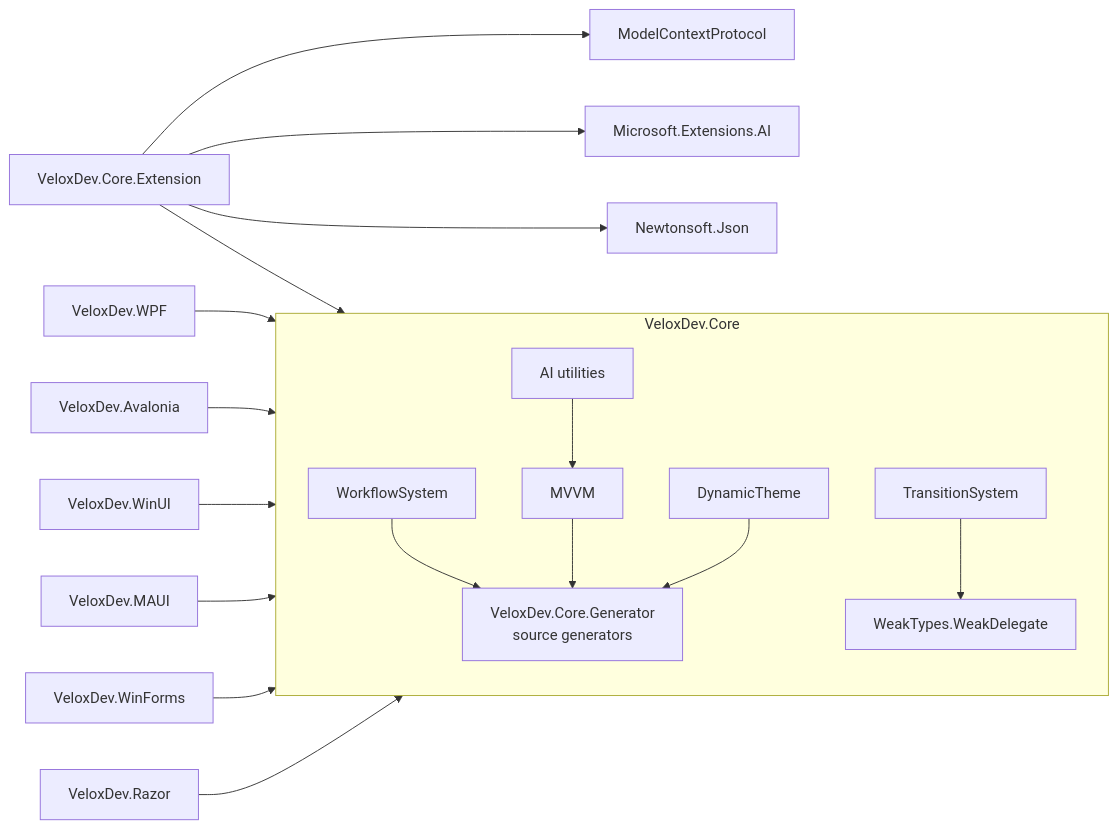
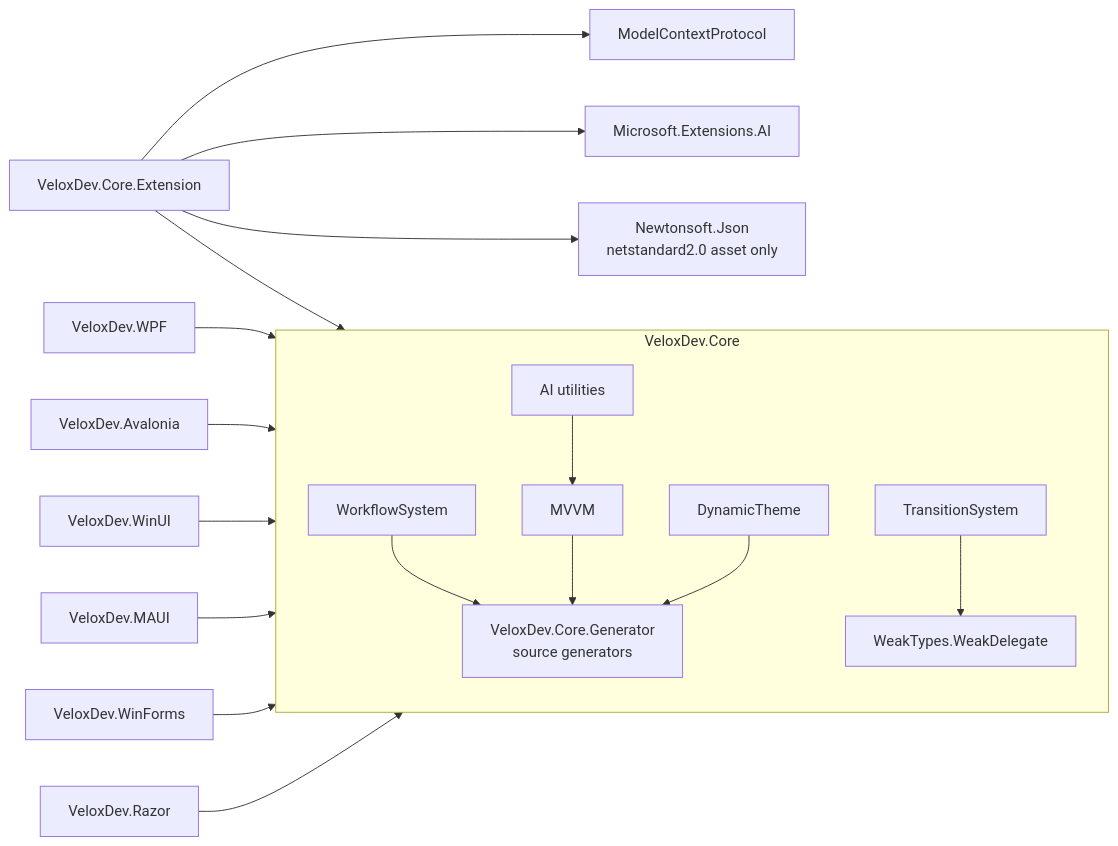
One commit to Axvser/VeloxDev.Docs changed the diagram in src/CloudGlyph/Assets/Docs/content/en/3_SE_Analysis/00_file-structure/index.md. Above: the diagram before and after it, drawn with Mermaid. The commit also changed 7 other files, not shown here.

````diff
--- a/src/CloudGlyph/Assets/Docs/content/en/3_SE_Analysis/00_file-structure/index.md
+++ b/src/CloudGlyph/Assets/Docs/content/en/3_SE_Analysis/00_file-structure/index.md
@@ -86,20 +86,20 @@
 ```mermaid
 flowchart LR
     subgraph Core [VeloxDev.Core]
         WF[WorkflowSystem] --> GEN[VeloxDev.Core.Generator<br/>source generators]
         MV[MVVM] --> GEN
         TH[DynamicTheme] --> GEN
         TR[TransitionSystem] --> WD[WeakTypes.WeakDelegate]
         AI[AI utilities] --> MV
     end
     EXT[VeloxDev.Core.Extension] --> Core
     EXT --> MCP[ModelContextProtocol]
     EXT --> EXAI[Microsoft.Extensions.AI]
-    EXT --> NJ[Newtonsoft.Json]
+    EXT --> NJ[Newtonsoft.Json<br/>netstandard2.0 asset only]
     WPF[VeloxDev.WPF] --> Core
     AV[VeloxDev.Avalonia] --> Core
     WU[VeloxDev.WinUI] --> Core
     MA[VeloxDev.MAUI] --> Core
     WF2[VeloxDev.WinForms] --> Core
     RA[VeloxDev.Razor] --> Core
 ```
````
